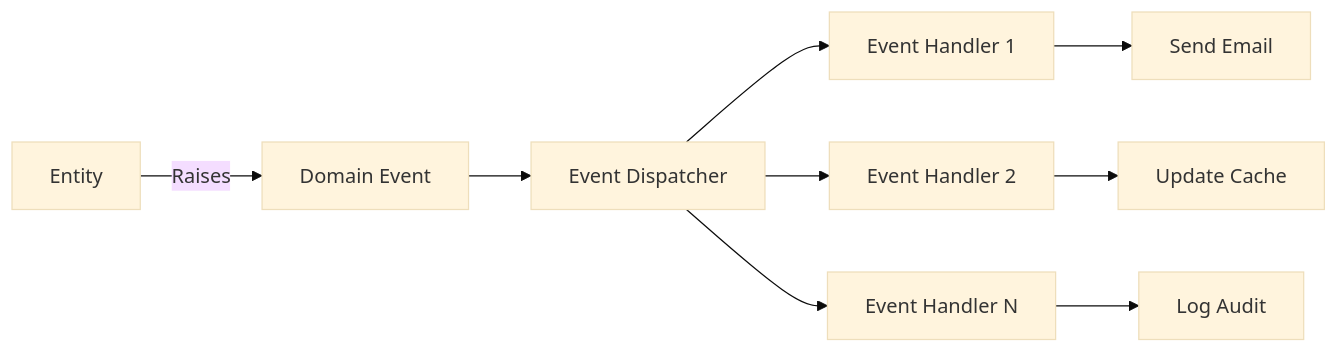
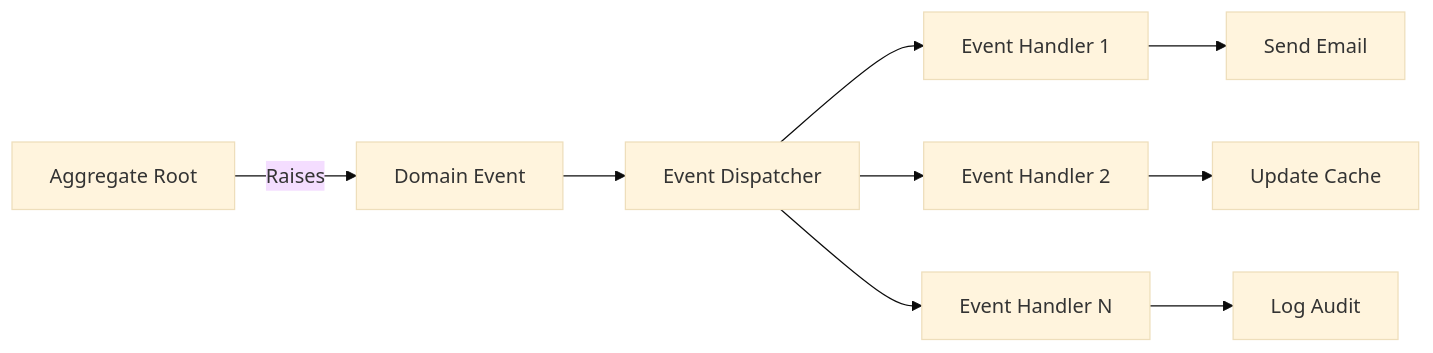
Before and after one commit to furkansarikaya/FS.EntityFramework.Library: the third of 6 diagrams in README.md, drawn with Mermaid (base theme). The commit also changed other lines of this file, not shown here.

````diff
--- a/README.md
+++ b/README.md
@@ -756,12 +859,12 @@
 ```mermaid
 graph LR
-    A[Entity] -->|Raises| B[Domain Event]
+    A[Aggregate Root] -->|Raises| B[Domain Event]
     B --> C[Event Dispatcher]
     C --> D[Event Handler 1]
     C --> E[Event Handler 2]
     C --> F[Event Handler N]
     
     D --> G[Send Email]
     E --> H[Update Cache]
     F --> I[Log Audit]
 ```
````
